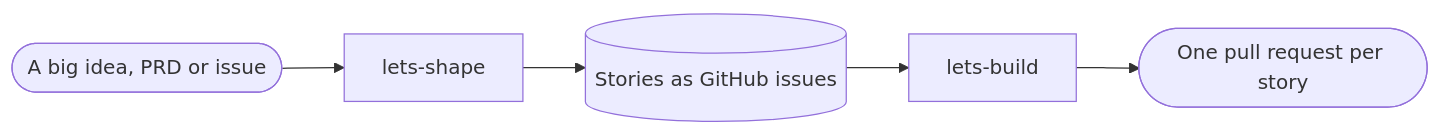
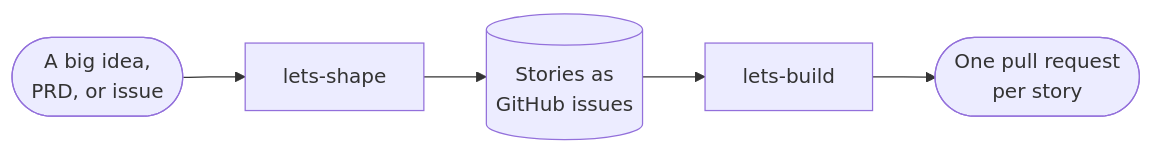
One commit to andrewduckett/lets-spec changed the diagram in README.md. Above: the diagram before and after it, drawn with Mermaid. The commit also changed other lines of this file, not shown here.

Commit message:
chore: clean up diagrams

````diff
--- a/README.md
+++ b/README.md
@@ -138,7 +138,8 @@
 ```mermaid
+%%{init: {"flowchart": {"htmlLabels": false}}}%%
 flowchart LR
-    idea([A big idea, PRD or issue]) --> shape[lets-shape]
-    shape --> issues[(Stories as GitHub issues)]
+    idea(["A big idea,<br/>PRD, or issue"]) --> shape[lets-shape]
+    shape --> issues[("Stories as<br/>GitHub issues")]
     issues --> build[lets-build]
-    build --> pr([One pull request per story])
+    build --> pr(["One pull request<br/>per story"])
 ```
````
